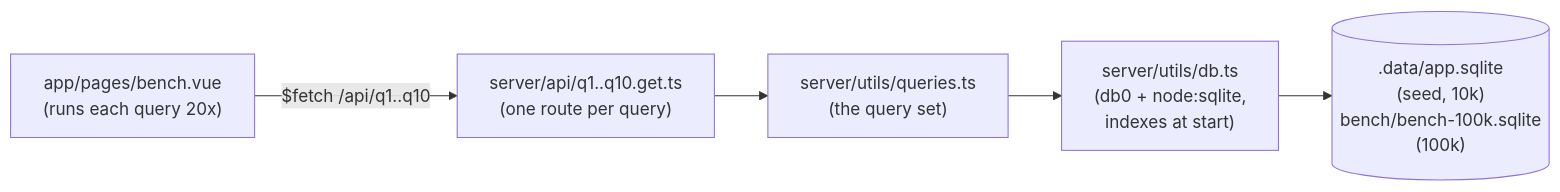
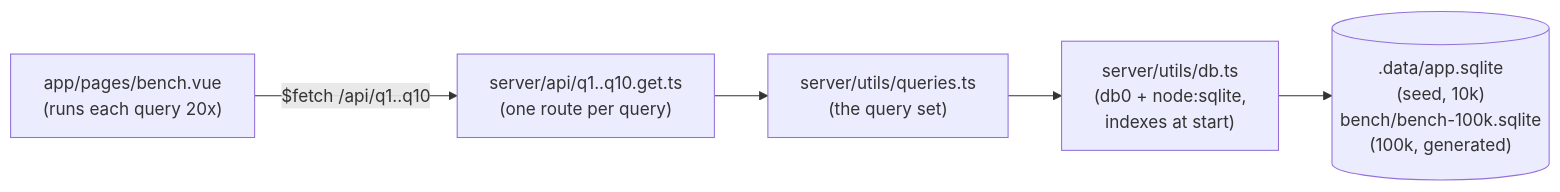
Before and after one commit to dltslt/42-tc-proto-simple: the diagram in run-02/docs/design.md, drawn with Mermaid. The commit also changed 5 other files, not shown here.

````diff
--- a/run-02/docs/design.md
+++ b/run-02/docs/design.md
@@ -8,7 +8,7 @@
 ```mermaid
 flowchart LR
   B["app/pages/bench.vue<br/>(runs each query 20x)"] -->|"$fetch /api/q1..q10"| R["server/api/q1..q10.get.ts<br/>(one route per query)"]
   R --> U["server/utils/queries.ts<br/>(the query set)"]
   U --> D["server/utils/db.ts<br/>(db0 + node:sqlite,<br/>indexes at start)"]
-  D --> S[(".data/app.sqlite<br/>(seed, 10k)<br/>bench/bench-100k.sqlite<br/>(100k)")]
+  D --> S[(".data/app.sqlite<br/>(seed, 10k)<br/>bench/bench-100k.sqlite<br/>(100k, generated)")]
 ```
````
